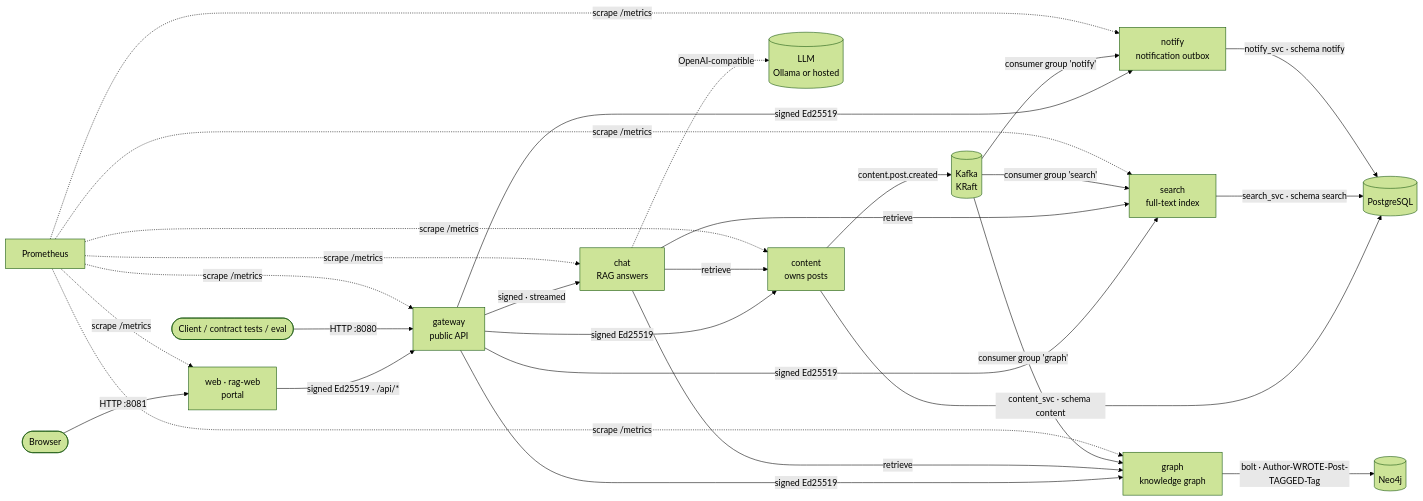
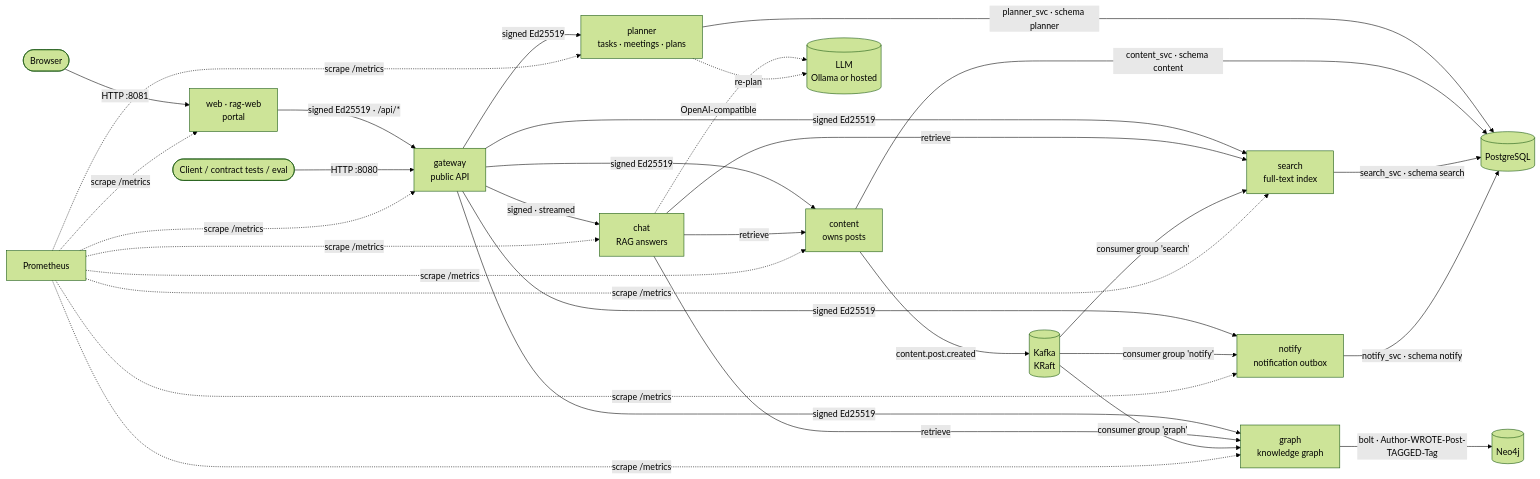
Before and after one commit to armdev/harness-template: the fourth of 5 diagrams in docs/en/04-architecture.md, drawn with Mermaid (forest theme). The commit also changed other lines of this file and 35 other files, not shown here.

````diff
--- a/docs/en/04-architecture.md
+++ b/docs/en/04-architecture.md
@@ -93,22 +93,25 @@
 ```mermaid
 flowchart LR
     browser([Browser]) -->|HTTP :8081| web[web · rag-web<br/>portal]
     web -->|signed Ed25519 · /api/*| gw
     client([Client / contract tests / eval]) -->|HTTP :8080| gw[gateway<br/>public API]
     gw -->|signed Ed25519| content[content<br/>owns posts]
     gw -->|signed Ed25519| search[search<br/>full-text index]
     gw -->|signed Ed25519| notify[notify<br/>notification outbox]
     gw -->|signed Ed25519| kg[graph<br/>knowledge graph]
     gw -->|signed · streamed| chat[chat<br/>RAG answers]
     chat -->|retrieve| search & kg & content
     chat -.->|OpenAI-compatible| llm[(LLM<br/>Ollama or hosted)]
+    gw -->|signed Ed25519| planner[planner<br/>tasks · meetings · plans]
+    planner -.->|re-plan| llm
+    planner -->|planner_svc · schema planner| pg
     content -->|content.post.created| kafka[(Kafka<br/>KRaft)]
     kafka -->|consumer group 'search'| search
     kafka -->|consumer group 'notify'| notify
     kafka -->|consumer group 'graph'| kg
     content -->|content_svc · schema content| pg[(PostgreSQL)]
     search -->|search_svc · schema search| pg
     notify -->|notify_svc · schema notify| pg
     kg -->|bolt · Author-WROTE-Post-TAGGED-Tag| neo[(Neo4j)]
-    prom[Prometheus] -.->|scrape /metrics| web & gw & content & search & notify & kg & chat
+    prom[Prometheus] -.->|scrape /metrics| web & gw & content & search & notify & kg & chat & planner
 ```
````
